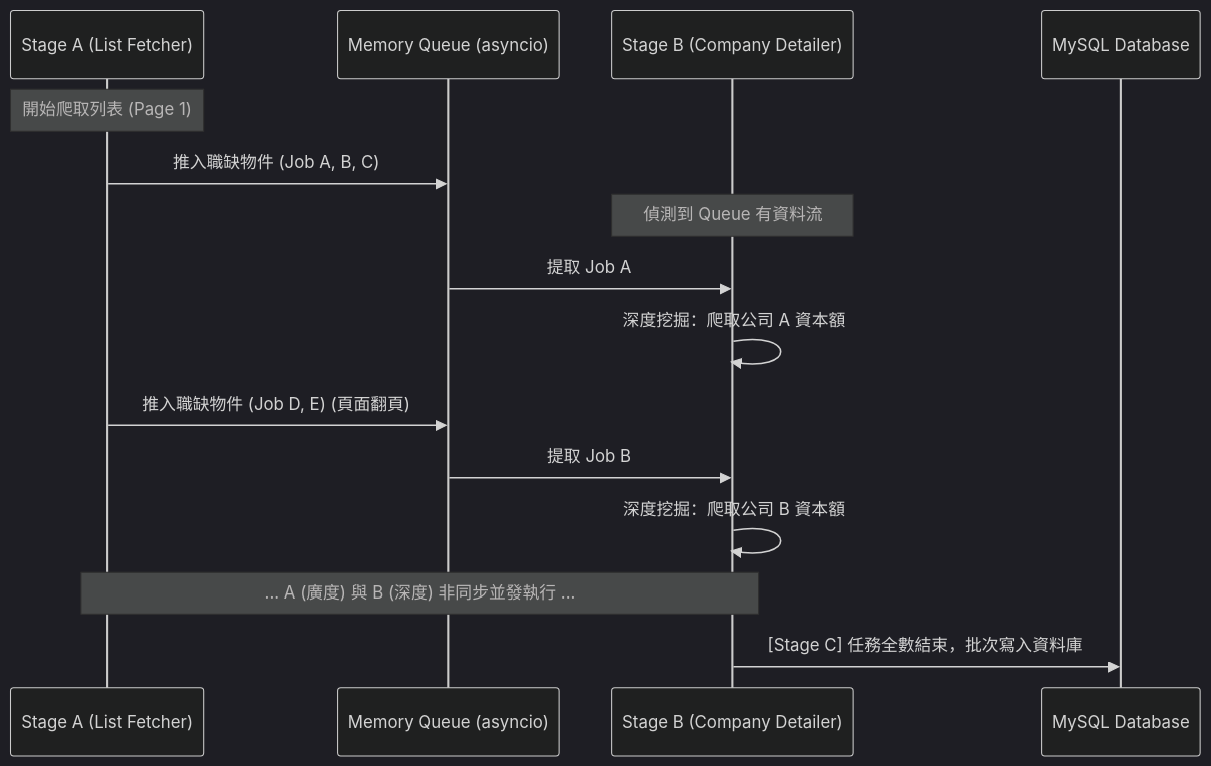
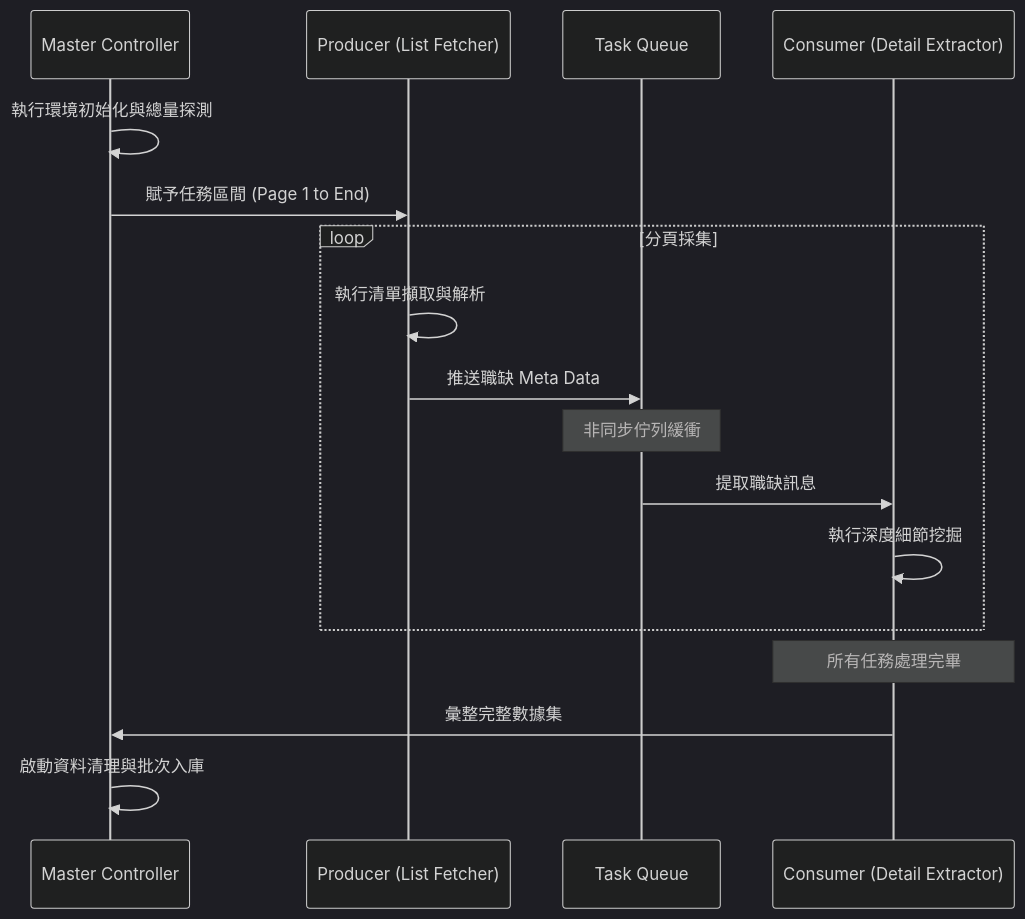
One commit to jacky0996/job_digger changed the diagram in docs/SD_Crawler_Architecture.md. Above: the diagram before and after it, drawn with Mermaid (dark theme). The commit also changed other lines of this file and 5 other files, not shown here.

````diff
--- a/docs/SD_Crawler_Architecture.md
+++ b/docs/SD_Crawler_Architecture.md
@@ -22,20 +23,20 @@
 ```mermaid
 sequenceDiagram
-    participant A as Stage A (List Fetcher)
-    participant Q as Memory Queue (asyncio)
-    participant B as Stage B (Company Detailer)
-    participant DB as MySQL Database
+    participant Main as Master Controller
+    participant P as Producer (List Fetcher)
+    participant Q as Task Queue
+    participant C as Consumer (Detail Extractor)
 
-    Note over A: 開始爬取列表 (Page 1)
-    A->>Q: 推入職缺物件 (Job A, B, C)
-    Note over B: 偵測到 Queue 有資料流
-    Q->>B: 提取 Job A
-    B->>B: 深度挖掘：爬取公司 A 資本額
-    A->>Q: 推入職缺物件 (Job D, E) (頁面翻頁)
-    Q->>B: 提取 Job B
-    B->>B: 深度挖掘：爬取公司 B 資本額
-    
-    Note over A,B: ... A (廣度) 與 B (深度) 非同步並發執行 ...
-    
-    B->>DB: [Stage C] 任務全數結束，批次寫入資料庫
+    Main->>Main: 執行環境初始化與總量探測
+    Main->>P: 賦予任務區間 (Page 1 to End)
+    loop 分頁採集
+        P->>P: 執行清單擷取與解析
+        P->>Q: 推送職缺 Meta Data
+        Note over Q: 非同步佇列緩衝
+        Q->>C: 提取職缺訊息
+        C->>C: 執行深度細節挖掘
+    end
+    Note over C: 所有任務處理完畢
+    C->>Main: 彙整完整數據集
+    Main->>Main: 啟動資料清理與批次入庫
 ```
````
